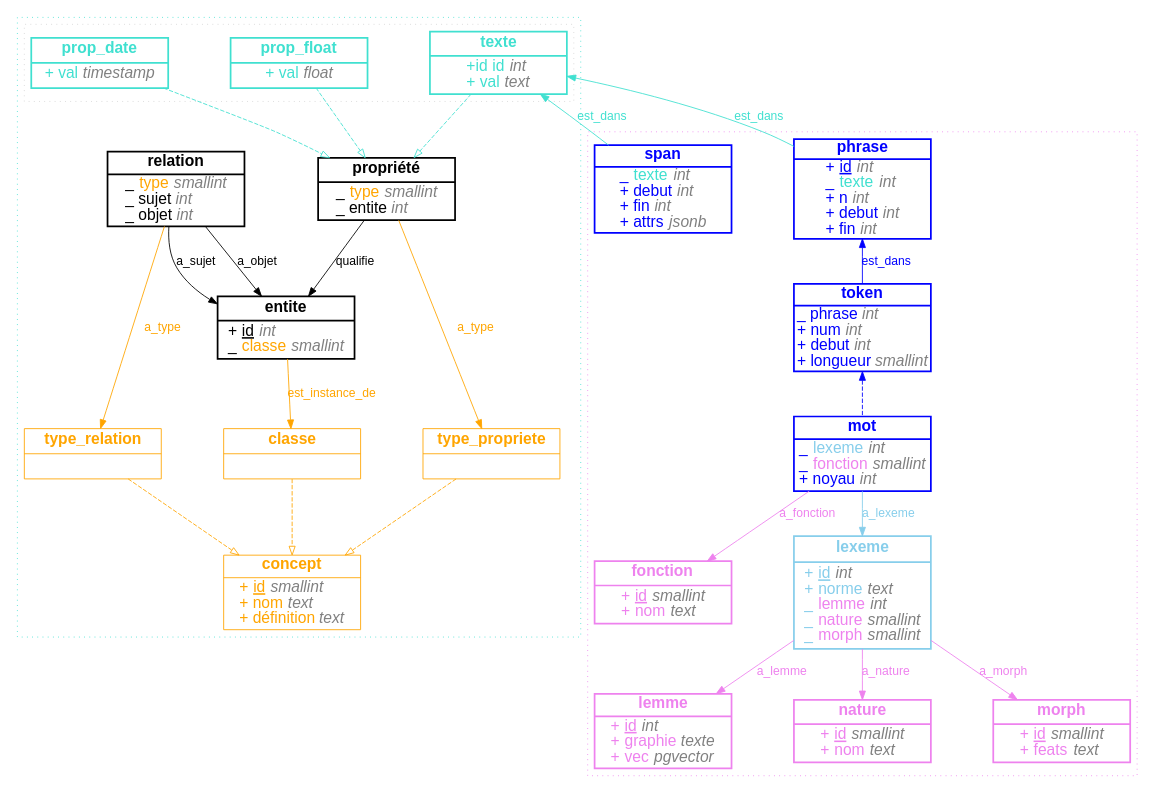
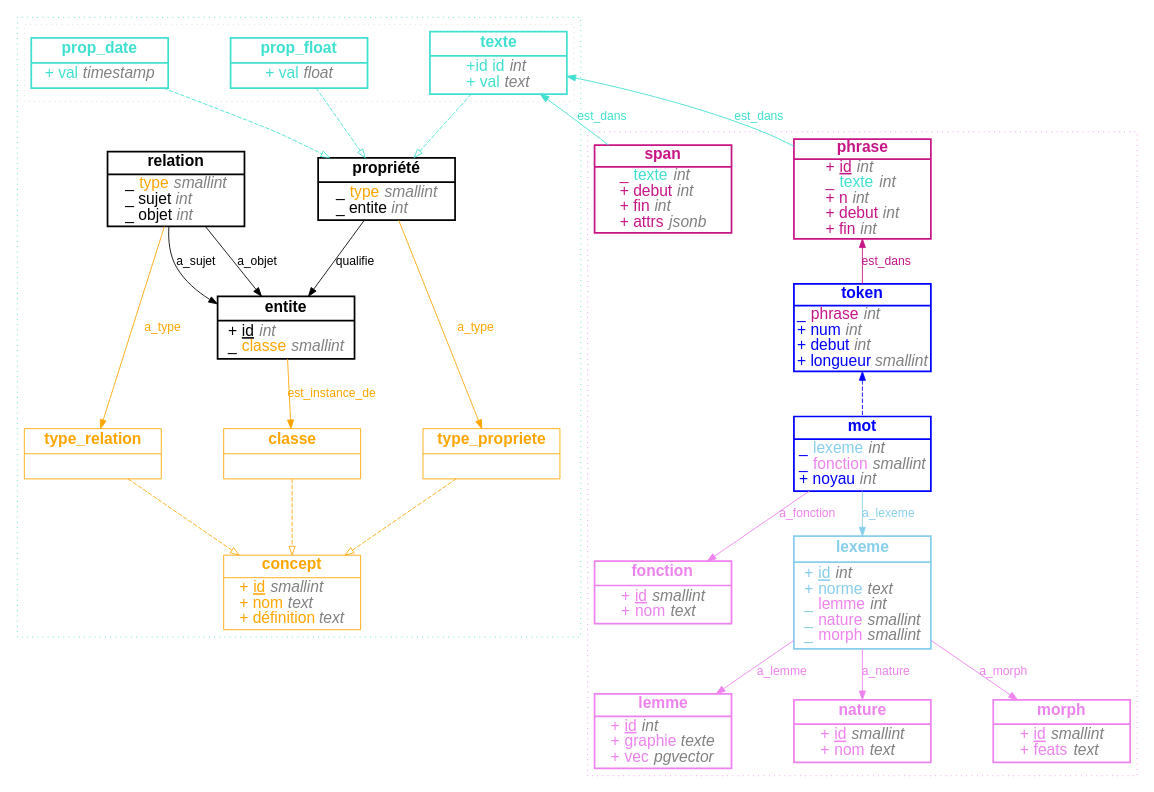
One commit to thjbdvlt/litteralement changed the diagram in img/diagram_records.dot. Above: the diagram before and after it, drawn with Graphviz. The commit also changed 1 other file, not shown here.

```diff
--- a/img/diagram_records.dot
+++ b/img/diagram_records.dot
@@ -231,8 +231,8 @@
             height=1.6
             fontname=arial
             fontsize=18
-            fontcolor="blue"
-            color="blue"
+            fontcolor="mediumvioletred"
+            color="mediumvioletred"
             style=bold
         ]
 
@@ -251,8 +251,8 @@
             height=1.4
             fontname=arial
             fontsize=18
-            fontcolor="blue"
-            color="blue"
+            fontcolor="mediumvioletred"
+            color="mediumvioletred"
             style=bold
         ]
 
@@ -261,7 +261,7 @@
             shape=record
             label= <{
 <b>token</b> |
-_ phrase <i><font color="grey">int</font></i><br align="left"/>
+_ <font color="mediumvioletred">phrase</font> <i><font color="grey">int</font></i><br align="left"/>
 + num <i><font color="grey">int</font></i><br align="left"/>
 + debut <i><font color="grey">int</font></i><br align="left"/>
 + longueur <i><font color="grey">smallint</font></i><br align="left"/>
@@ -392,7 +392,7 @@
         // texte -> segment [label=est_dans color="turquoise" fontcolor="turquoise" dir=back fontname=arial]
         texte -> phrase [label=est_dans color="turquoise" fontcolor="turquoise" dir=back fontname=arial]
         texte -> span [label=est_dans color="turquoise" fontcolor="turquoise" dir=back fontname=arial]
-        phrase -> token [label=est_dans color="blue" fontcolor="blue" dir=back fontname=arial]
+        phrase -> token [label=est_dans color="mediumvioletred" fontcolor="mediumvioletred" dir=back fontname=arial]
 
         // segment -> phrase [style=dashed arrowhead=empty color="blue" dir=back]
         // segment -> span [style=dashed arrowhead=empty color="blue" dir=back]
```
